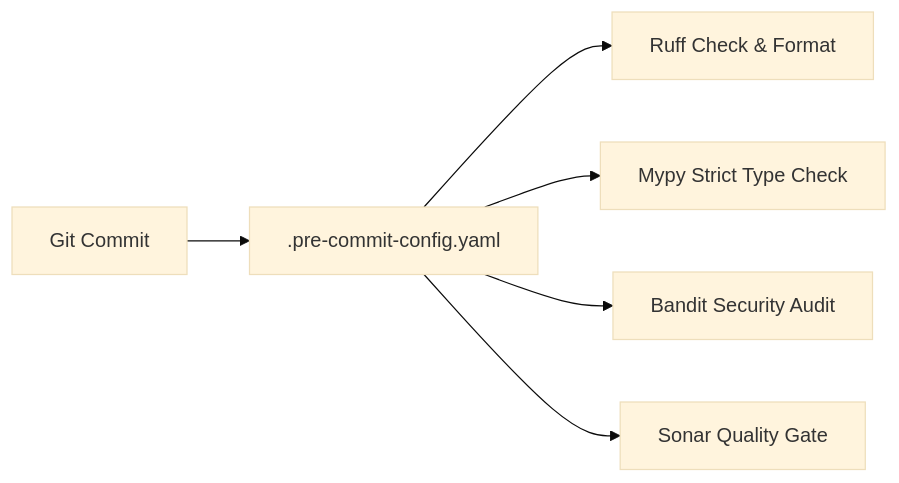
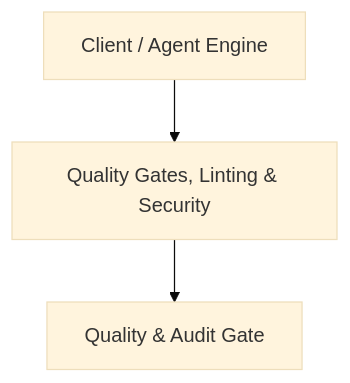
Before and after one commit to brandon-fox/alos: the diagram in specs/16-quality-gates-linting-and-security/plan.md, drawn with Mermaid (base theme). The commit also changed other lines of this file and 48 other files, not shown here.

````diff
--- a/specs/16-quality-gates-linting-and-security/plan.md
+++ b/specs/16-quality-gates-linting-and-security/plan.md
@@ -3,8 +5,5 @@
 ```mermaid
-graph LR
-    Commit[Git Commit] --> PreCommit[.pre-commit-config.yaml]
-    PreCommit --> Ruff[Ruff Check & Format]
-    PreCommit --> Mypy[Mypy Strict Type Check]
-    PreCommit --> Bandit[Bandit Security Audit]
-    PreCommit --> Sonar[Sonar Quality Gate]
+graph TD
+    Client[Client / Agent Engine] --> Component[Quality Gates, Linting & Security]
+    Component --> QualityGate[Quality & Audit Gate]
 ```
````
